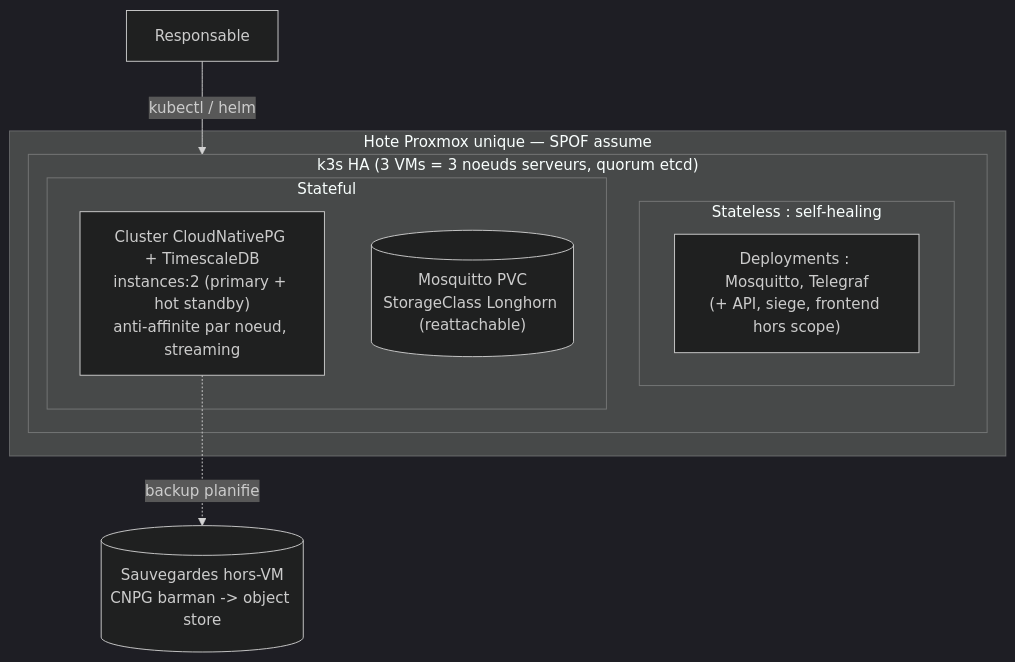
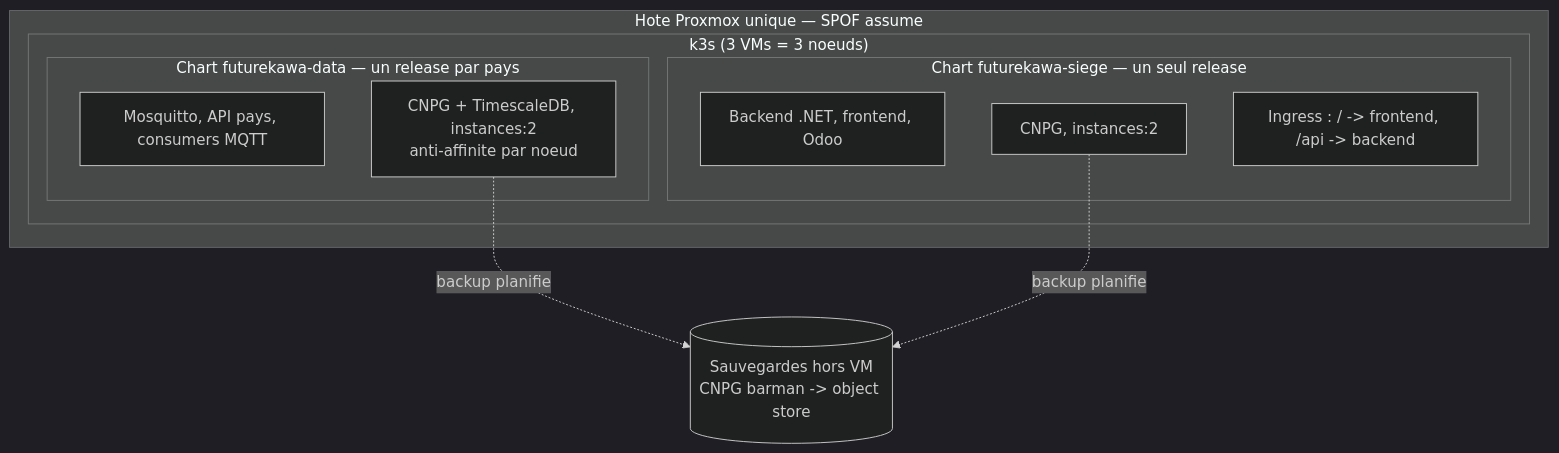
One commit to FutureKawa-Nte-G2/FutureKawa changed the seventh of 8 diagrams in database/docs/architecture.md. Above: the diagram before and after it, drawn with Mermaid (dark theme). The commit also changed other lines of this file and 1 other file, not shown here.

First line of the commit message:
docs(db): réécrit l'architecture et le périmètre données

````diff
--- a/database/docs/architecture.md
+++ b/database/docs/architecture.md
@@ -248,18 +307,19 @@
 ```mermaid
 flowchart TB
     subgraph HOST["Hote Proxmox unique — SPOF assume"]
-        subgraph K3S["k3s HA (3 VMs = 3 noeuds serveurs, quorum etcd)"]
-            subgraph SL["Stateless : self-healing"]
-                DEP["Deployments : Mosquitto, Telegraf<br/>(+ API, siege, frontend hors scope)"]
+        subgraph K3S["k3s (3 VMs = 3 noeuds)"]
+            subgraph CH1["Chart futurekawa-data — un release par pays"]
+                D1["Mosquitto, API pays, consumers MQTT"]
+                PG1["CNPG + TimescaleDB, instances:2<br/>anti-affinite par noeud"]
             end
-            subgraph ST["Stateful"]
-                PG["Cluster CloudNativePG + TimescaleDB<br/>instances:2 (primary + hot standby)<br/>anti-affinite par noeud, streaming"]
-                MOS[("Mosquitto PVC<br/>StorageClass Longhorn (reattachable)")]
+            subgraph CH2["Chart futurekawa-siege — un seul release"]
+                D2["Backend .NET, frontend, Odoo"]
+                PG2["CNPG, instances:2"]
+                ING["Ingress : / -> frontend, /api -> backend"]
             end
         end
     end
-    PBS[("Sauvegardes hors-VM<br/>CNPG barman -> object store")]
-    PG -.->|"backup planifie"| PBS
-
-    R["Responsable"] -->|"kubectl / helm"| K3S
+    PBS[("Sauvegardes hors VM<br/>CNPG barman -> object store")]
+    PG1 -.->|"backup planifie"| PBS
+    PG2 -.->|"backup planifie"| PBS
 ```
````
